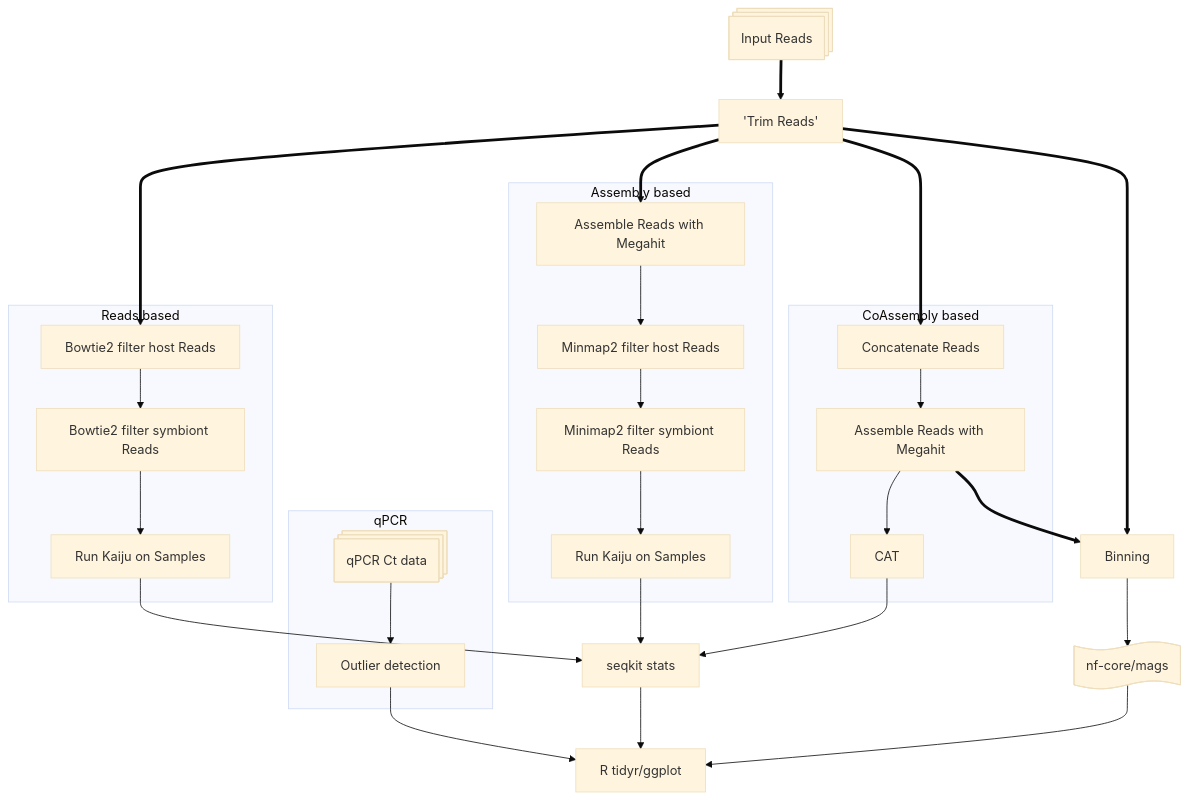
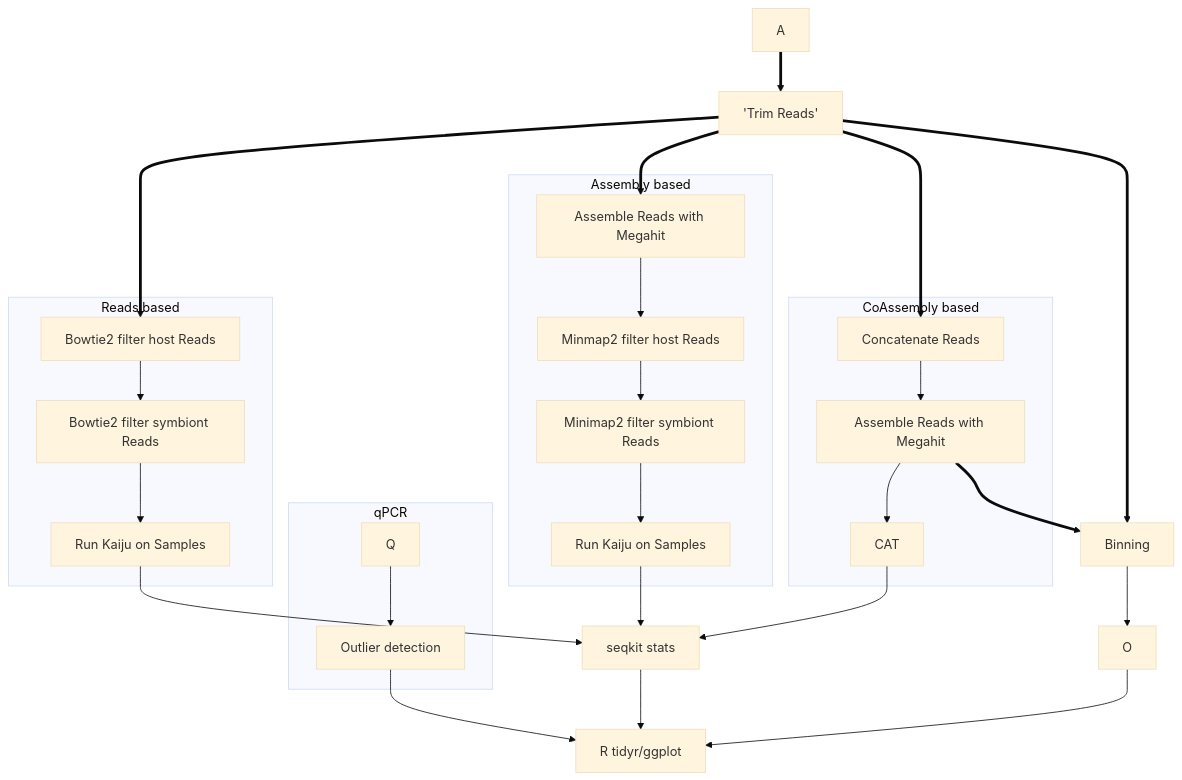
Before and after one commit to ColinL1/metaG_EukDepletion: the diagram in README.md, drawn with Mermaid (base theme).

Commit message:
updated README.md to remove animations form mairmaid preview

````diff
--- a/README.md
+++ b/README.md
@@ -7,51 +7,51 @@
 ```mermaid
 
 flowchart TD
 
   subgraph qPCR
-  Q@{ shape: procs, label: "qPCR Ct data"}
-
+  %% Q@{ shape: procs, label: "qPCR Ct data"}
   Q --> R[Outlier detection]
 
   end
   R -->  P
   
-  A@{ shape: procs, label: "Input Reads"}
+  %% A@{ shape: procs, label: "Input Reads"}
 
   A  ==> B['Trim Reads']
   %% @{ animate: true }
   B ==> C[Bowtie2 filter host Reads]
   
   subgraph Reads based 
 
   C --> D[Bowtie2 filter symbiont Reads]
   D --> E[Run Kaiju on Samples]
   end
   B ==> F[Assemble Reads with Megahit]
   subgraph Assembly based 
   F --> G[Minmap2 filter host Reads]
   G --> H[Minimap2 filter symbiont Reads]
   H --> J[Run Kaiju on Samples]
   end
   B ==> K[Concatenate Reads]
   subgraph CoAssembly based 
   K --> L[Assemble Reads with Megahit]
   L --> M[CAT]
   end
   L ==> N[Binning] 
 
   B ==> N[Binning] 
   %% e6@{ animate: true }
   
-  O@{ shape: paper-tape, label: "nf-core/mags"} 
+  %% O@{ shape: paper-tape, label: "nf-core/mags"} 
 
   N --> O
   
   S --> P[R tidyr/ggplot]
 
   M --> S[seqkit stats]
   E --> S
   J --> S
 
   O --> P
+
 ```
````
